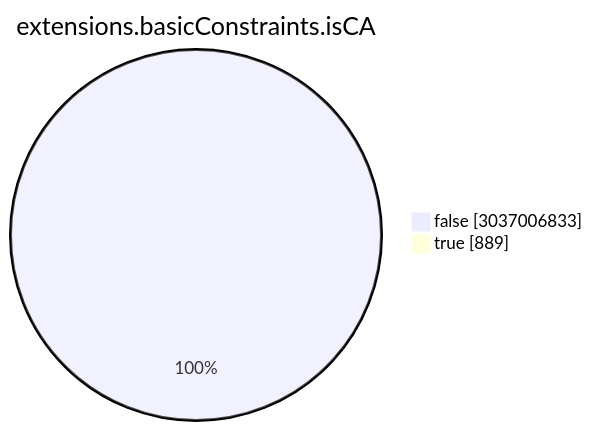
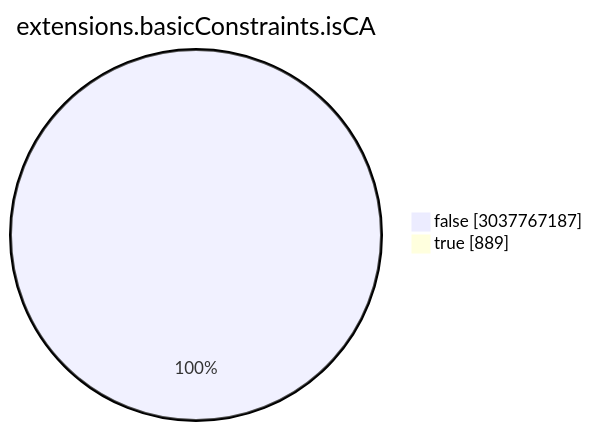
One commit to christiankrug/ctmonitor_visualization changed the seventh of 15 diagrams in TOTAL/README.md. Above: the diagram before and after it, drawn with Mermaid. The commit also changed other lines of this file, not shown here.

````diff
--- a/TOTAL/README.md
+++ b/TOTAL/README.md
@@ -3086,6 +3086,6 @@
 ```mermaid
 pie showData
 title extensions.basicConstraints.isCA
-"false" :3037006833
+"false" :3037767187
 "true" :889
 ```
````
